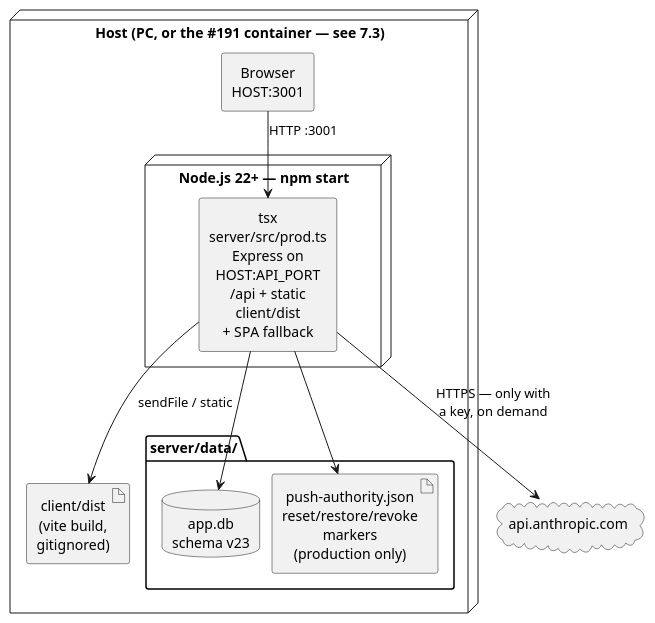
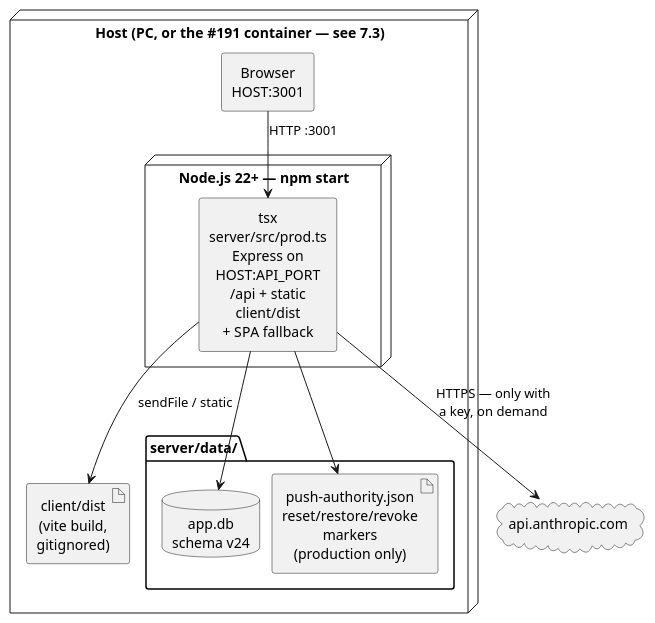
The second of 4 diagrams in docs/modules/ROOT/pages/07_deployment_view.adoc (FelixGeisler/draw), drawn with PlantUML before and after one commit. The commit also changed other lines of this file and 42 other files, not shown here.

```diff
--- a/docs/modules/ROOT/pages/07_deployment_view.adoc
+++ b/docs/modules/ROOT/pages/07_deployment_view.adoc
@@ -138,30 +138,30 @@
 [plantuml,deployment-prod,svg]
 ....
 @startuml
 skinparam shadowing false
 skinparam wrapWidth 140
 skinparam defaultTextAlignment center
 skinparam componentStyle rectangle
 skinparam nodesep 12
 skinparam ranksep 18
 
 node "Host (PC, or the #191 container — see 7.3)" as host {
   component "Browser\nHOST:3001" as browser
   node "Node.js 22+ — npm start" as prodtree {
     component "tsx server/src/prod.ts\nExpress on HOST:API_PORT\n/api + static client/dist\n+ SPA fallback" as express
   }
   artifact "client/dist\n(vite build, gitignored)" as dist
   folder "server/data/" as data {
-    database "app.db\nschema v23" as db
+    database "app.db\nschema v24" as db
     artifact "push-authority.json\nreset/restore/revoke markers\n(production only)" as pushstate
   }
 }
 cloud "api.anthropic.com" as claude
 
 browser --> express : HTTP :3001
 express --> dist : sendFile / static
 express --> db
 express --> pushstate
 express --> claude : HTTPS — only with\na key, on demand
 @enduml
 ....
```
